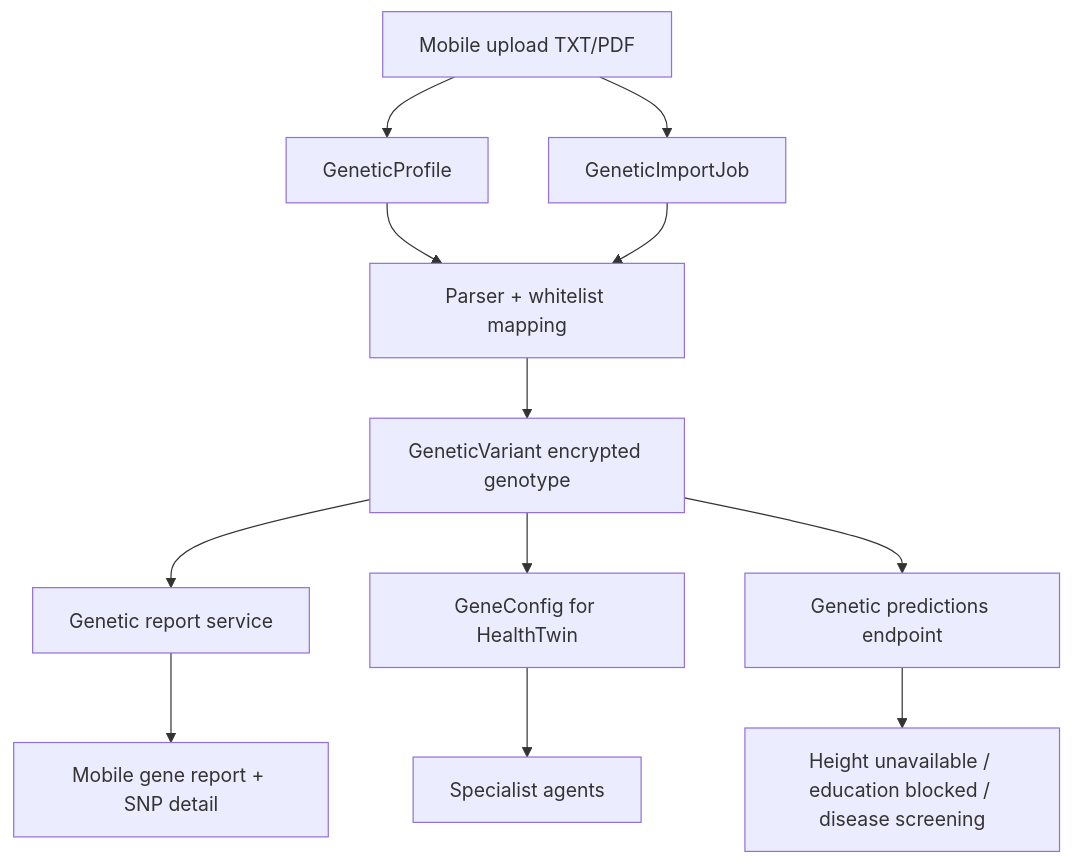
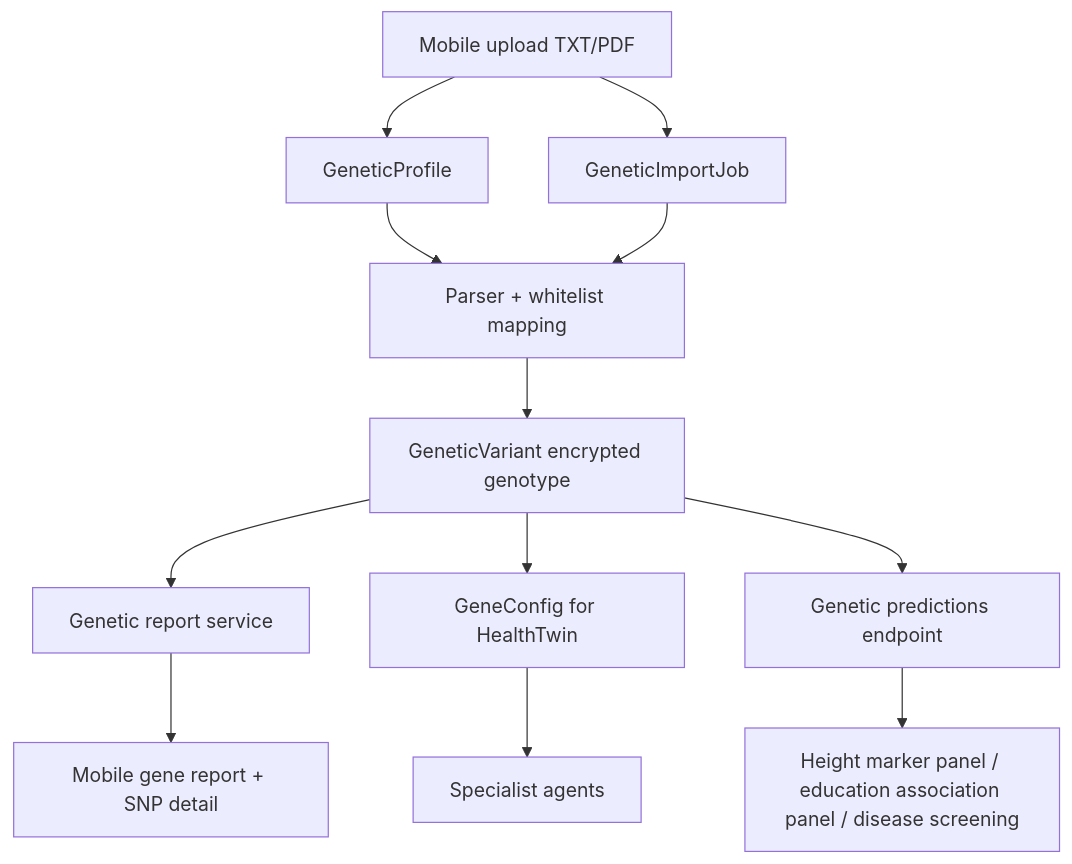
One commit to itsoso/health-llm-driven changed the diagram in docs/GENETIC_MODULE_ARCHITECTURE.md. Above: the diagram before and after it, drawn with Mermaid. The commit also changed other lines of this file and 7 other files, not shown here.

````diff
--- a/docs/GENETIC_MODULE_ARCHITECTURE.md
+++ b/docs/GENETIC_MODULE_ARCHITECTURE.md
@@ -11,14 +11,14 @@
 ```mermaid
 flowchart TD
     A["Mobile upload TXT/PDF"] --> B["GeneticProfile"]
     A --> C["GeneticImportJob"]
     B --> D["Parser + whitelist mapping"]
     C --> D
     D --> E["GeneticVariant encrypted genotype"]
     E --> F["Genetic report service"]
     E --> G["GeneConfig for HealthTwin"]
     E --> H["Genetic predictions endpoint"]
     F --> I["Mobile gene report + SNP detail"]
     G --> J["Specialist agents"]
-    H --> K["Height unavailable / education blocked / disease screening"]
+    H --> K["Height marker panel / education association panel / disease screening"]
 ```
````
